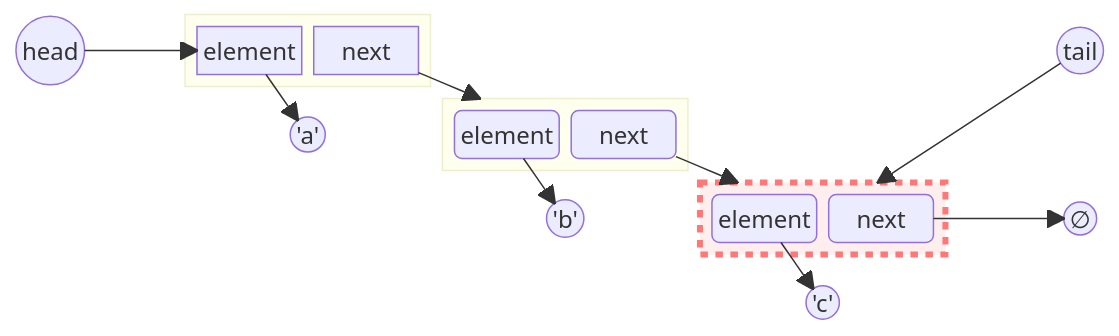
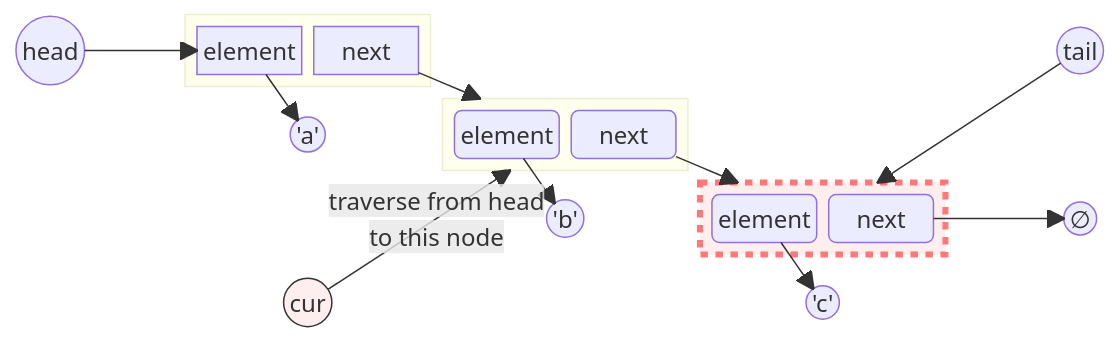
The tenth of 10 diagrams in lectures/lect-3-Singly-Linked-List.md (ruslylove/datastruct), drawn with Mermaid before and after one commit. The commit also changed other lines of this file and 5 other files, not shown here.

Commit message:
update diagrams

````diff
--- a/lectures/lect-3-Singly-Linked-List.md
+++ b/lectures/lect-3-Singly-Linked-List.md
@@ -1035,57 +1056,59 @@
-```mermaid
+```mermaid {scale:0.65}
 
 block-beta
 
     columns 5
 
     head
 
     block:node1
         element
         next
     end
 
     space
     space
     tail(("tail"))
     space
     A(("'a'"))
     
     block:node2
         element2("element")
         next2("next")
     end
 
     space
     space
     space
     space
     B(("'b'"))
 
     block:node3
         element3("element")
         next3("next")
     end
     
     null
 
     space
-    space
+    cur(("cur"))
     space
     
     C(("'c'"))
 
     next --> node2
     next2 --> node3
     next3 --> null(("∅"))
     head(("head")) --> element
     element --> A
     element2 --> B
     element3 --> C
     tail  --> node3
+    cur -- "traverse from head <br>to this node" --> node2
 
     style node3 stroke-dasharray: 5 5,stroke-width:4,stroke:#f77,fill:#fee
+    style cur fill:#fee,stroke:#333
 
 
 
 ```
````
